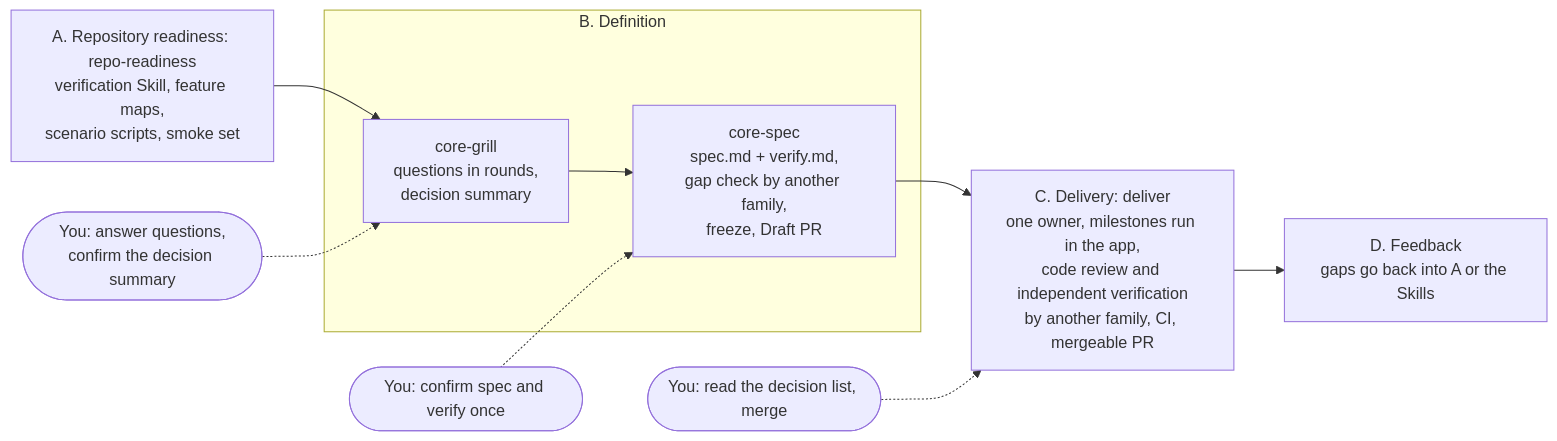
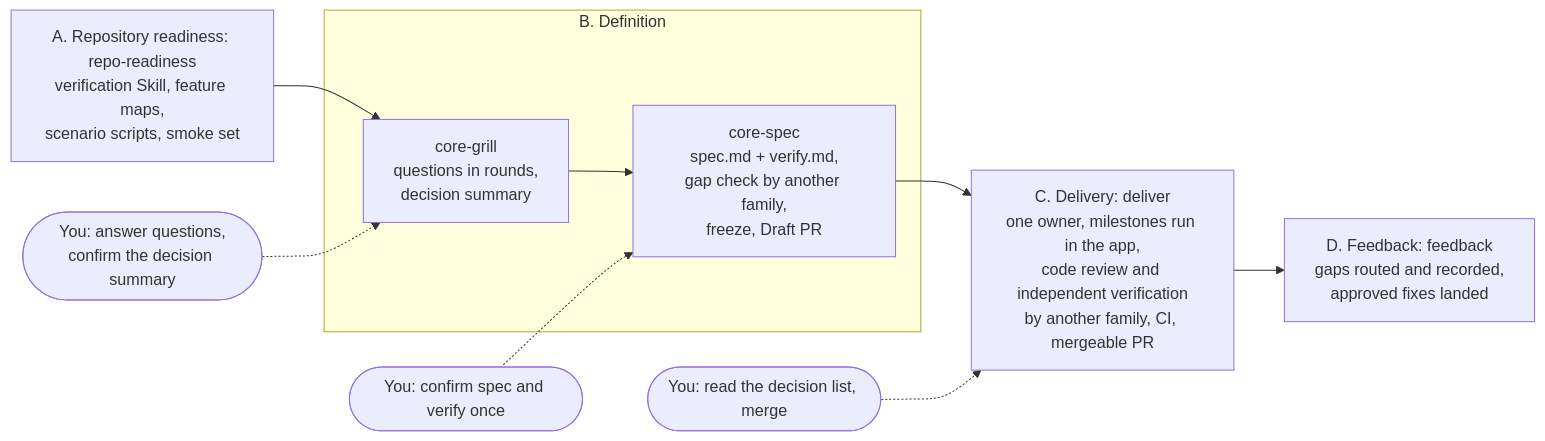
One commit to coder-xieshijie/dev-skills changed the diagram in README.md. Above: the diagram before and after it, drawn with Mermaid. The commit also changed other lines of this file and 16 other files, not shown here.

````diff
--- a/README.md
+++ b/README.md
@@ -13,12 +13,12 @@
 ```mermaid
 flowchart LR
     A["A. Repository readiness: repo-readiness<br/>verification Skill, feature maps,<br/>scenario scripts, smoke set"] --> B1
     subgraph B["B. Definition"]
         B1["core-grill<br/>questions in rounds,<br/>decision summary"] --> B2["core-spec<br/>spec.md + verify.md,<br/>gap check by another family,<br/>freeze, Draft PR"]
     end
     B2 --> C["C. Delivery: deliver<br/>one owner, milestones run in the app,<br/>code review and independent verification<br/>by another family, CI, mergeable PR"]
-    C --> D["D. Feedback<br/>gaps go back into A or the Skills"]
+    C --> D["D. Feedback: feedback<br/>gaps routed and recorded,<br/>approved fixes landed"]
     H1(["You: answer questions,<br/>confirm the decision summary"]) -.-> B1
     H2(["You: confirm spec and verify once"]) -.-> B2
     H3(["You: read the decision list, merge"]) -.-> C
 ```
````
